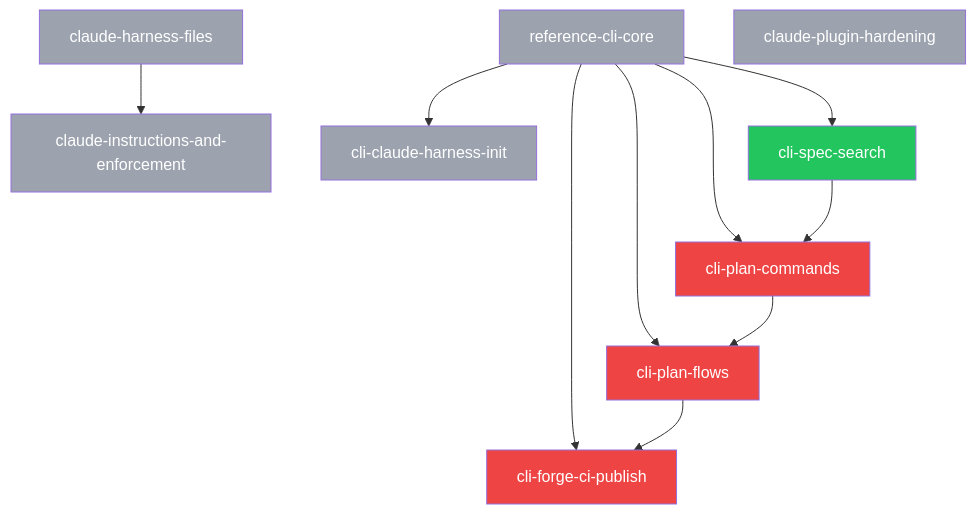
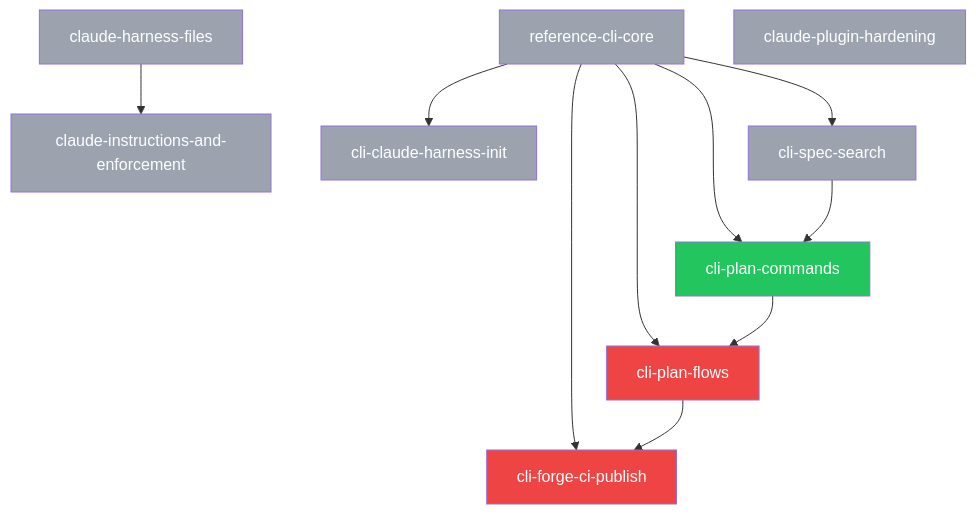
The diagram in plans/PLANS.md (SpiralSky/specplane), drawn with Mermaid before and after one commit. The commit also changed other lines of this file and 9 other files, not shown here.

First line of the commit message:
chore(specplane): finish 2026-10-29-cli-spec-search

````diff
--- a/plans/PLANS.md
+++ b/plans/PLANS.md
@@ -26,28 +26,28 @@
 ```mermaid
 graph TD
     p_2026_10_28_reference_cli_core[reference-cli-core]:::done
     p_2026_10_29_claude_harness_files[claude-harness-files]:::done
     p_2026_10_29_claude_instructions_and_enforcement[claude-instructions-and-enforcement]:::done
     p_2026_10_29_claude_plugin_hardening[claude-plugin-hardening]:::done
     p_2026_10_29_cli_claude_harness_init[cli-claude-harness-init]:::done
     p_2026_10_29_cli_forge_ci_publish[cli-forge-ci-publish]:::blocked
-    p_2026_10_29_cli_plan_commands[cli-plan-commands]:::blocked
+    p_2026_10_29_cli_plan_commands[cli-plan-commands]:::ready
     p_2026_10_29_cli_plan_flows[cli-plan-flows]:::blocked
-    p_2026_10_29_cli_spec_search[cli-spec-search]:::ready
+    p_2026_10_29_cli_spec_search[cli-spec-search]:::done
     p_2026_10_29_claude_harness_files --> p_2026_10_29_claude_instructions_and_enforcement
     p_2026_10_28_reference_cli_core --> p_2026_10_29_cli_claude_harness_init
     p_2026_10_28_reference_cli_core --> p_2026_10_29_cli_forge_ci_publish
     p_2026_10_29_cli_plan_flows --> p_2026_10_29_cli_forge_ci_publish
     p_2026_10_28_reference_cli_core --> p_2026_10_29_cli_plan_commands
     p_2026_10_29_cli_spec_search --> p_2026_10_29_cli_plan_commands
     p_2026_10_28_reference_cli_core --> p_2026_10_29_cli_plan_flows
     p_2026_10_29_cli_plan_commands --> p_2026_10_29_cli_plan_flows
     p_2026_10_28_reference_cli_core --> p_2026_10_29_cli_spec_search
     classDef draft fill:#f9fafb,color:#374151,stroke:#d1d5db
     classDef ready fill:#22c55e,color:#fff
     classDef blocked fill:#ef4444,color:#fff
     classDef in_progress fill:#3b82f6,color:#fff
     classDef review fill:#60a5fa,color:#fff
     classDef done fill:#9ca3af,color:#fff
     classDef abandoned fill:#9ca3af,color:#fff,text-decoration:line-through
 ```
````
